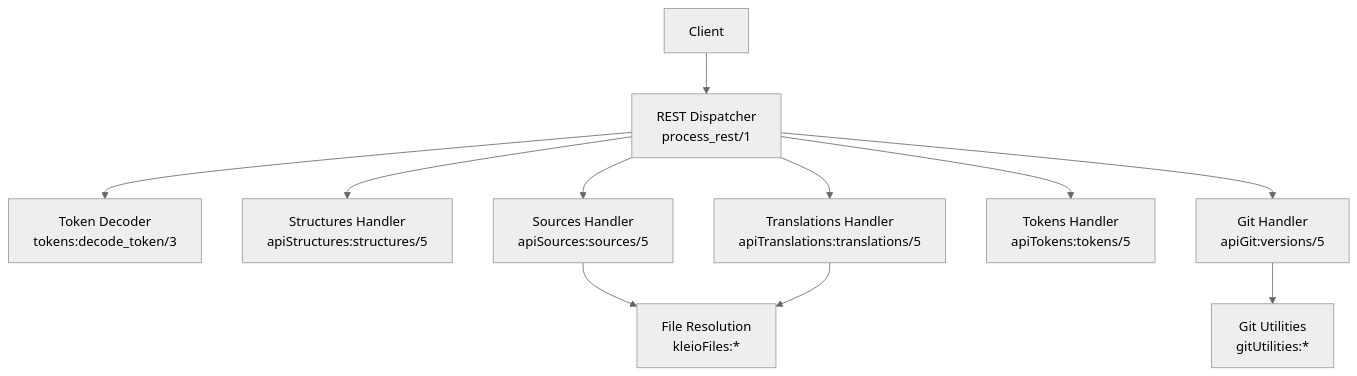
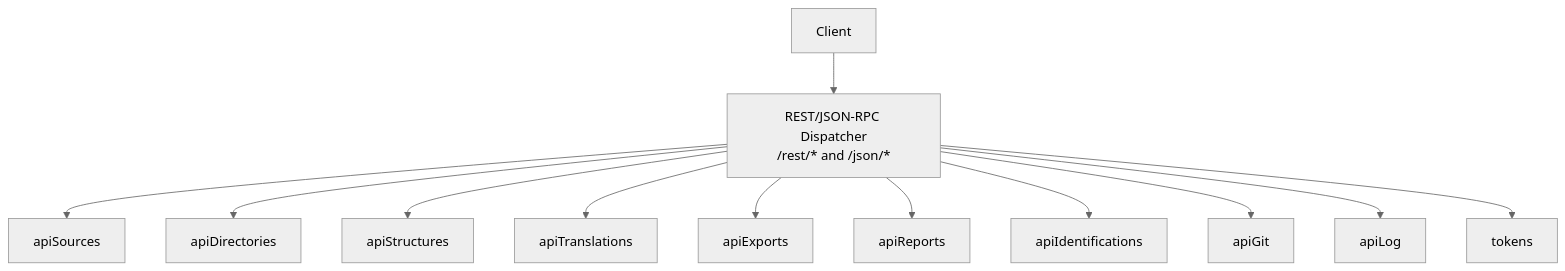
One commit to time-link/timelink-kleio changed the first of 3 diagrams in .qoder/repowiki/en/content/API Reference/API Reference.md. Above: the diagram before and after it, drawn with Mermaid (neutral theme). The commit also changed other lines of this file and 225 other files, not shown here.

````diff
--- a/.qoder/repowiki/en/content/API Reference/API Reference.md
+++ b/.qoder/repowiki/en/content/API Reference/API Reference.md
@@ -57,23 +41,14 @@
 ```mermaid
 graph TB
-Client["Client"]
-REST["REST Dispatcher<br/>process_rest/1"]
-Tokens["Token Decoder<br/>tokens:decode_token/3"]
-Structures["Structures Handler<br/>apiStructures:structures/5"]
-Sources["Sources Handler<br/>apiSources:sources/5"]
-Translations["Translations Handler<br/>apiTranslations:translations/5"]
-TokensAPI["Tokens Handler<br/>apiTokens:tokens/5"]
-GitAPI["Git Handler<br/>apiGit:versions/5"]
-Files["File Resolution<br/>kleioFiles:*"]
-Git["Git Utilities<br/>gitUtilities:*"]
-Client --> REST
-REST --> Tokens
-REST --> Structures
-REST --> Sources
-REST --> Translations
-REST --> TokensAPI
-REST --> GitAPI
-Sources --> Files
-Translations --> Files
-GitAPI --> Git
+Client["Client"] --> Dispatcher["REST/JSON-RPC Dispatcher<br/>/rest/* and /json/*"]
+Dispatcher --> Sources["apiSources"]
+Dispatcher --> Directories["apiDirectories"]
+Dispatcher --> Structures["apiStructures"]
+Dispatcher --> Translations["apiTranslations"]
+Dispatcher --> Exports["apiExports"]
+Dispatcher --> Reports["apiReports"]
+Dispatcher --> Identifications["apiIdentifications"]
+Dispatcher --> Git["apiGit"]
+Dispatcher --> LogAPI["apiLog"]
+Dispatcher --> TokensCore["tokens"]
 ```
````
